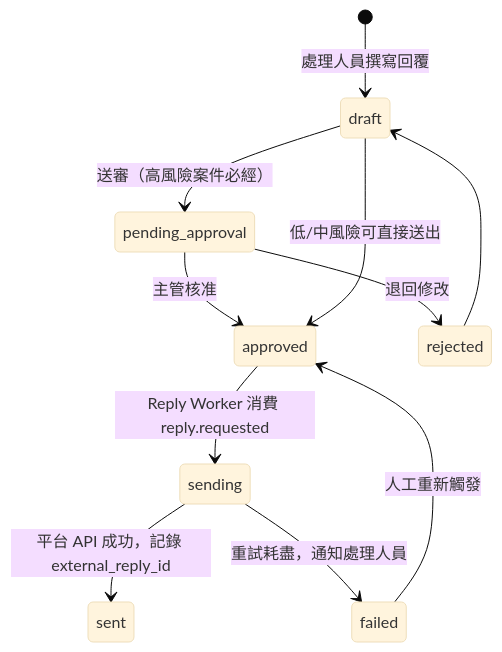
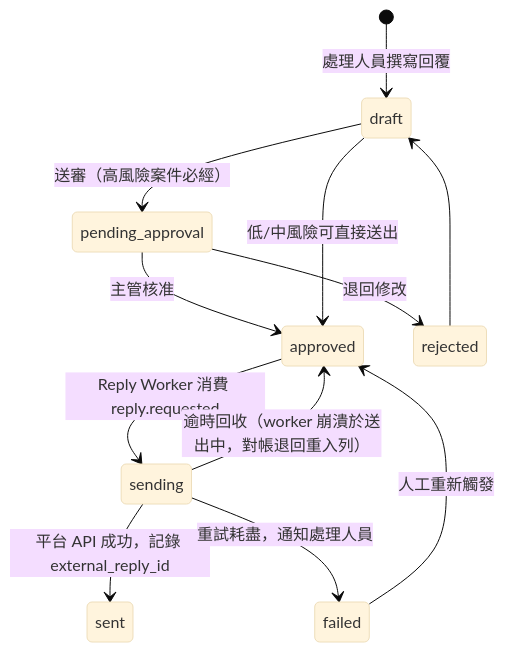
One commit to d56845684/wachen changed the second of 3 diagrams in docs/ARCHITECTURE.md. Above: the diagram before and after it, drawn with Mermaid (base theme). The commit also changed other lines of this file and 9 other files, not shown here.

````diff
--- a/docs/ARCHITECTURE.md
+++ b/docs/ARCHITECTURE.md
@@ -245,13 +245,14 @@
 ```mermaid
 stateDiagram-v2
     [*] --> draft : 處理人員撰寫回覆
     draft --> pending_approval : 送審（高風險案件必經）
     pending_approval --> approved : 主管核准
     pending_approval --> rejected : 退回修改
     rejected --> draft
     draft --> approved : 低/中風險可直接送出
     approved --> sending : Reply Worker 消費 reply.requested
     sending --> sent : 平台 API 成功，記錄 external_reply_id
     sending --> failed : 重試耗盡，通知處理人員
+    sending --> approved : 逾時回收（worker 崩潰於送出中，對帳退回重入列）
     failed --> approved : 人工重新觸發
 ```
````
